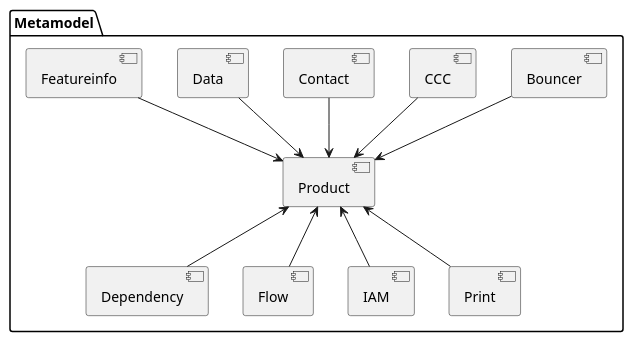
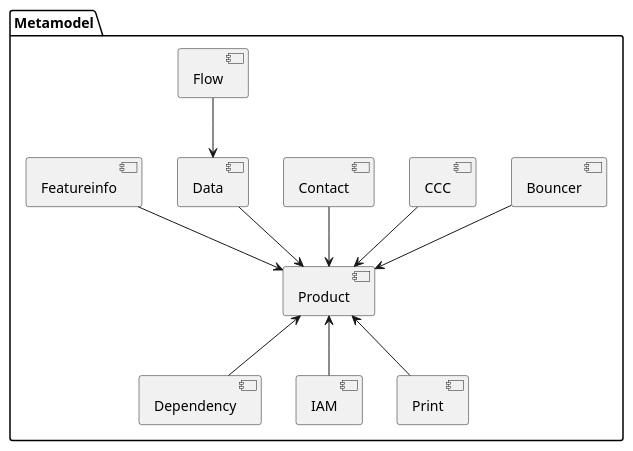
Before and after one commit to sogis/simi: the diagram in simi/doc/puml/src/simi_overview.puml, drawn with PlantUML. The commit also changed 7 other files, not shown here.

```diff
--- a/simi/doc/puml/src/simi_overview.puml
+++ b/simi/doc/puml/src/simi_overview.puml
@@ -1,28 +1,28 @@
 @startuml
 package Metamodel {
   [Product] as prod
 
   [Bouncer] as bouncer
   [CCC] as ccc
   [Contact] as con
   [Data] as data
 
   [Dependency] as dep
   [Flow] as flow
   [IAM] as iam
   [Print] as print
 
   [Featureinfo] as fi
 }
 
 bouncer --> prod
 ccc --> prod
 con --> prod
 data --> prod
 fi --> prod
 
 dep -up-> prod
-flow -up-> prod
+flow --> data
 iam -up-> prod
 print -up-> prod
 @enduml
```
